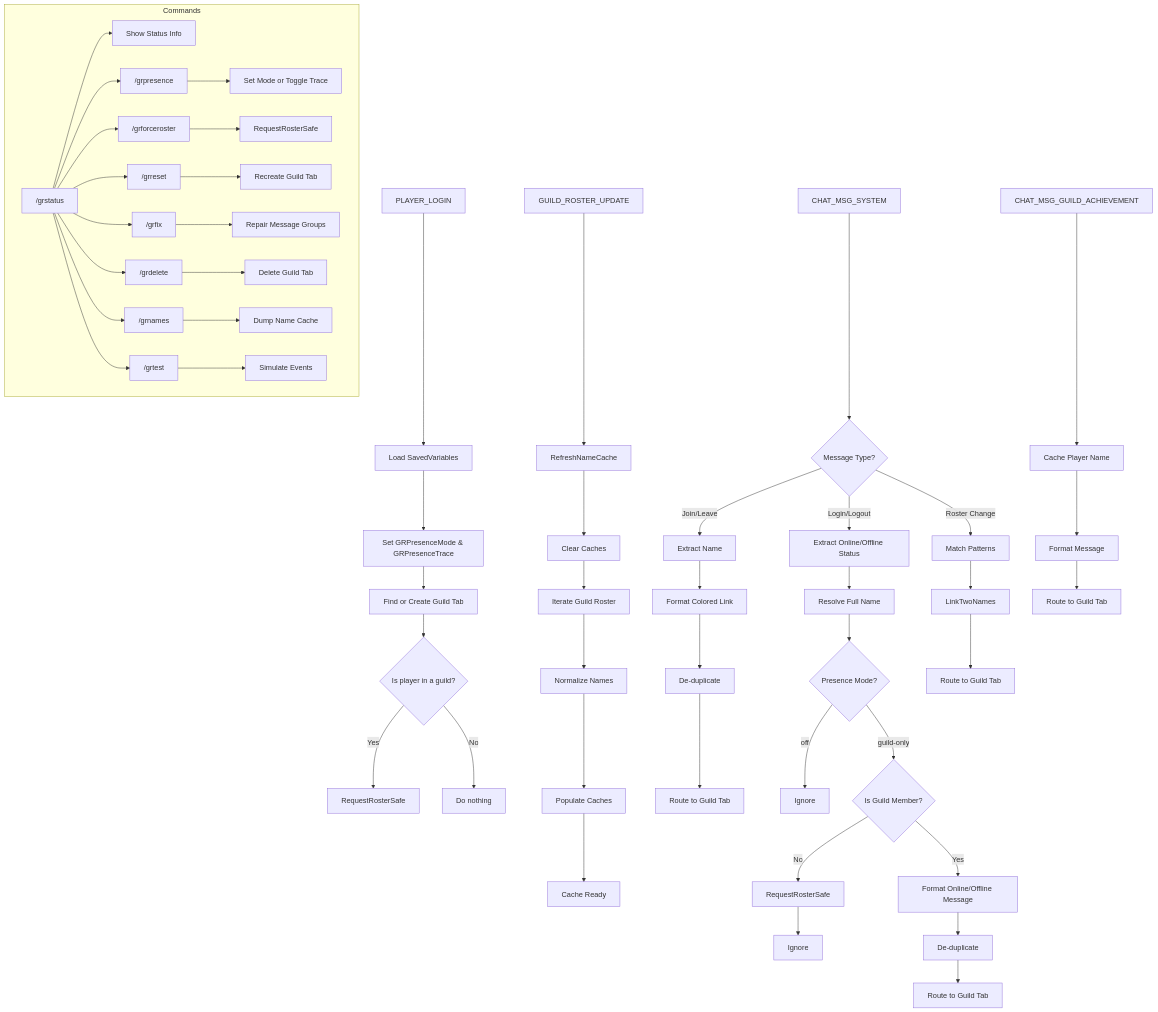
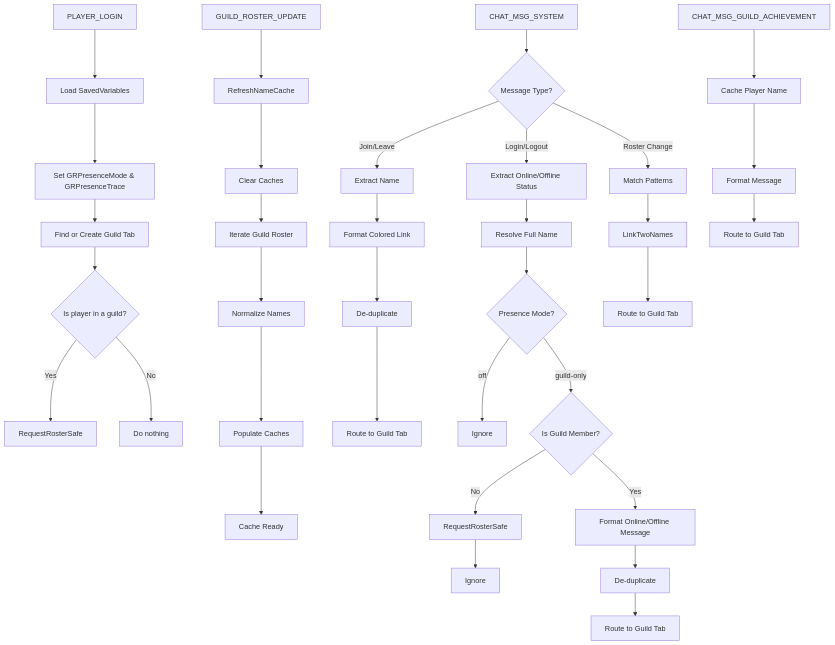
Before and after one commit to ExponentiallyDigital/GuildRouter: the diagram in flowchart.md, drawn with Mermaid. The commit also changed other lines of this file and 7 other files, not shown here.

````diff
--- a/flowchart.md
+++ b/flowchart.md
@@ -3,61 +3,43 @@
 ```mermaid
 flowchart TD
     A0[PLAYER_LOGIN] --> A1[Load SavedVariables]
     A1 --> A2[Set GRPresenceMode & GRPresenceTrace]
     A2 --> A3[Find or Create Guild Tab]
     A3 --> A4{Is player in a guild?}
     A4 -->|Yes| A5[RequestRosterSafe]
     A4 -->|No| A6[Do nothing]
 
     B0[GUILD_ROSTER_UPDATE] --> B1[RefreshNameCache]
     B1 --> B2[Clear Caches]
     B2 --> B3[Iterate Guild Roster]
     B3 --> B4[Normalize Names]
     B4 --> B5[Populate Caches]
     B5 --> B6[Cache Ready]
 
     C0[CHAT_MSG_SYSTEM] --> C1{Message Type?}
 
     C1 -->|Join/Leave| C2[Extract Name]
     C2 --> C3[Format Colored Link]
     C3 --> C4[De-duplicate]
     C4 --> C5[Route to Guild Tab]
 
     C1 -->|Login/Logout| D0[Extract Online/Offline Status]
     D0 --> D1[Resolve Full Name]
     D1 --> D2{Presence Mode?}
     D2 -->|off| D3[Ignore]
     D2 -->|guild-only| D4{Is Guild Member?}
     D4 -->|No| D5[RequestRosterSafe]
     D5 --> D6[Ignore]
     D4 -->|Yes| D7[Format Online/Offline Message]
     D7 --> D8[De-duplicate]
     D8 --> D9[Route to Guild Tab]
 
     C1 -->|Roster Change| E0[Match Patterns]
     E0 --> E1[LinkTwoNames]
     E1 --> E2[Route to Guild Tab]
 
     F0[CHAT_MSG_GUILD_ACHIEVEMENT] --> F1[Cache Player Name]
     F1 --> F2[Format Message]
     F2 --> F3[Route to Guild Tab]
 
-    subgraph Commands
-      G0["/grstatus"] --> G1[Show Status Info]
-      G0 --> G2["/grpresence"]
-      G2 --> G3[Set Mode or Toggle Trace]
-      G0 --> G4["/grforceroster"]
-      G4 --> G5[RequestRosterSafe]
-      G0 --> G6["/grreset"]
-      G6 --> G7[Recreate Guild Tab]
-      G0 --> G8["/grfix"]
-      G8 --> G9[Repair Message Groups]
-      G0 --> G10["/grdelete"]
-      G10 --> G11[Delete Guild Tab]
-      G0 --> G12["/grnames"]
-      G12 --> G13[Dump Name Cache]
-      G0 --> G14["/grtest"]
-      G14 --> G15[Simulate Events]
-    end
-
 ```
````
